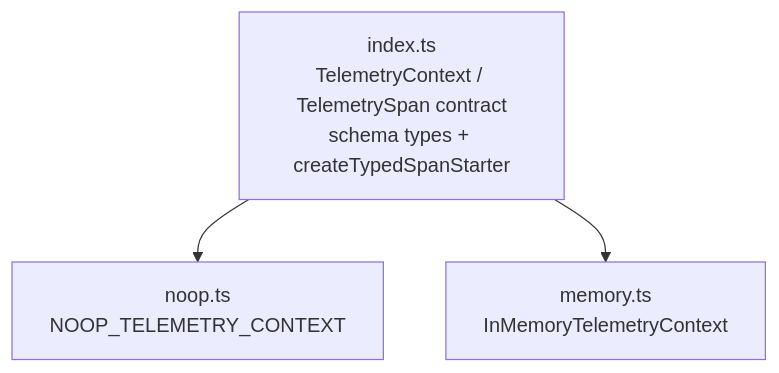
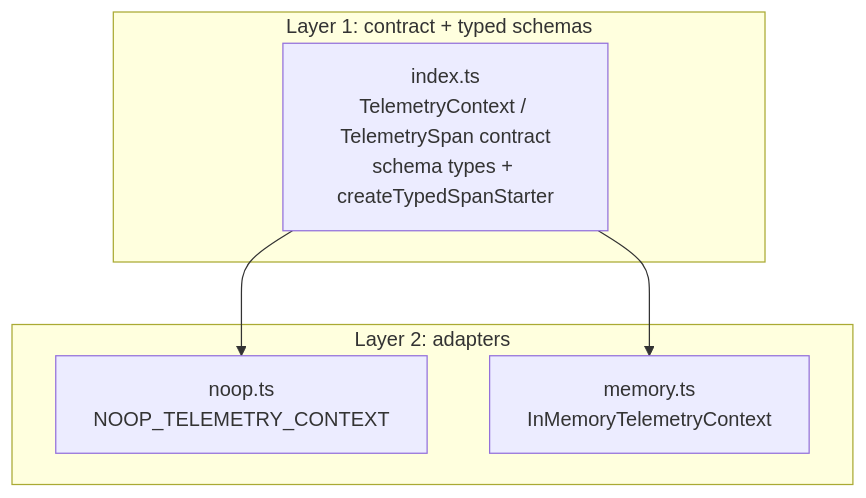
One commit to dgxRL/pi changed the diagram in reduced/telemetry/doc/src-overview.md. Above: the diagram before and after it, drawn with Mermaid. The commit also changed 25 other files, not shown here.

````diff
--- a/reduced/telemetry/doc/src-overview.md
+++ b/reduced/telemetry/doc/src-overview.md
@@ -7,5 +7,13 @@
 ```mermaid
 flowchart TD
-    I["index.ts<br/>TelemetryContext / TelemetrySpan contract<br/>schema types + createTypedSpanStarter"] --> N["noop.ts<br/>NOOP_TELEMETRY_CONTEXT"]
-    I --> M["memory.ts<br/>InMemoryTelemetryContext"]
+    subgraph L1["Layer 1: contract + typed schemas"]
+        I["index.ts<br/>TelemetryContext / TelemetrySpan contract<br/>schema types + createTypedSpanStarter"]
+    end
+    subgraph L2["Layer 2: adapters"]
+        N["noop.ts<br/>NOOP_TELEMETRY_CONTEXT"]
+        M["memory.ts<br/>InMemoryTelemetryContext"]
+    end
+
+    I --> N
+    I --> M
 ```
````
